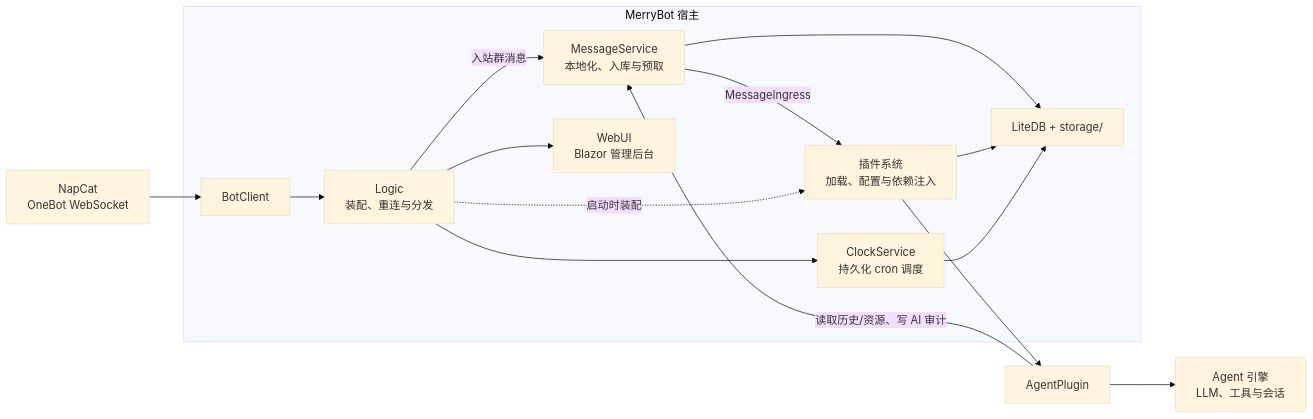
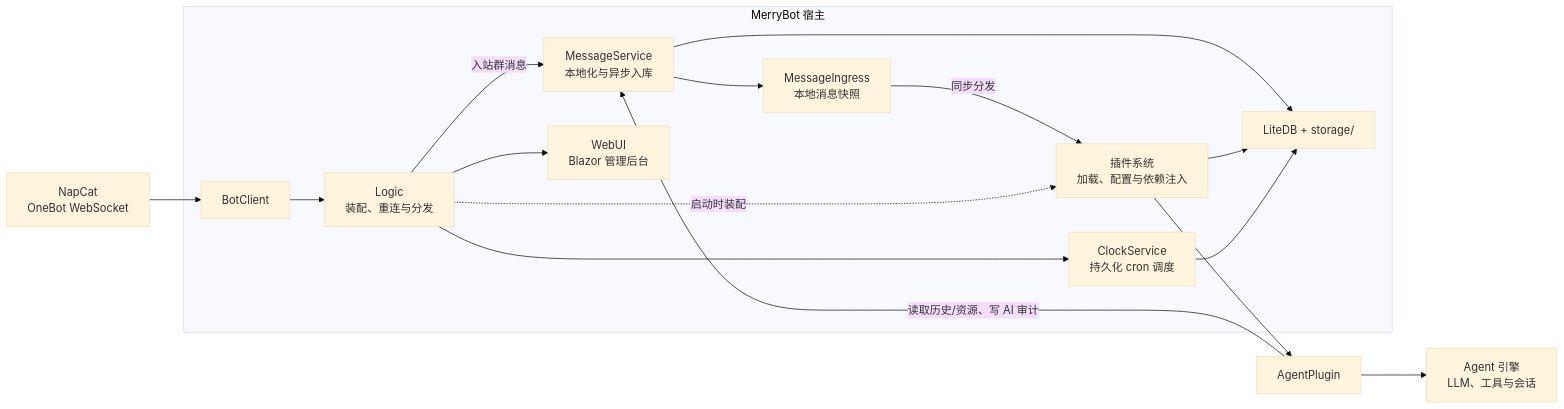
Before and after one commit to 57UU/MerryBot: the diagram in docs/architecture/index.md, drawn with Mermaid (base theme). The commit also changed other lines of this file and 10 other files, not shown here.

````diff
--- a/docs/architecture/index.md
+++ b/docs/architecture/index.md
@@ -11,20 +11,21 @@
 ```mermaid
 flowchart LR
     N["NapCat<br/>OneBot WebSocket"] --> B["BotClient"]
 
     subgraph H["MerryBot 宿主"]
         B --> L["Logic<br/>装配、重连与分发"]
-        L -->|"入站群消息"| M["MessageService<br/>本地化、入库与预取"]
-        M -->|"MessageIngress"| P["插件系统<br/>加载、配置与依赖注入"]
+        L -->|"入站群消息"| M["MessageService<br/>本地化与异步入库"]
+        M --> I["MessageIngress<br/>本地消息快照"]
+        I -->|"同步分发"| P["插件系统<br/>加载、配置与依赖注入"]
         L -.->|"启动时装配"| P
         L --> C["ClockService<br/>持久化 cron 调度"]
         L --> W["WebUI<br/>Blazor 管理后台"]
         M --> S["LiteDB + storage/"]
         P --> S
         C --> S
     end
 
     P --> A["AgentPlugin"]
     A -->|"读取历史/资源、写 AI 审计"| M
     A --> G["Agent 引擎<br/>LLM、工具与会话"]
 ```
````
